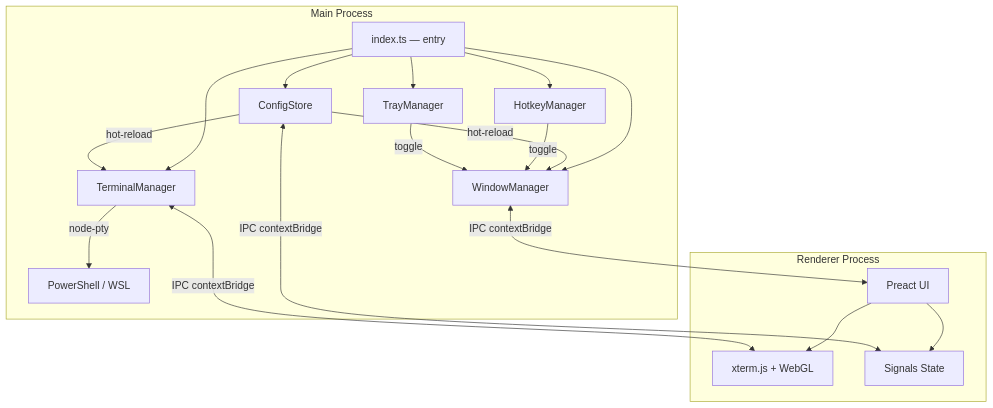
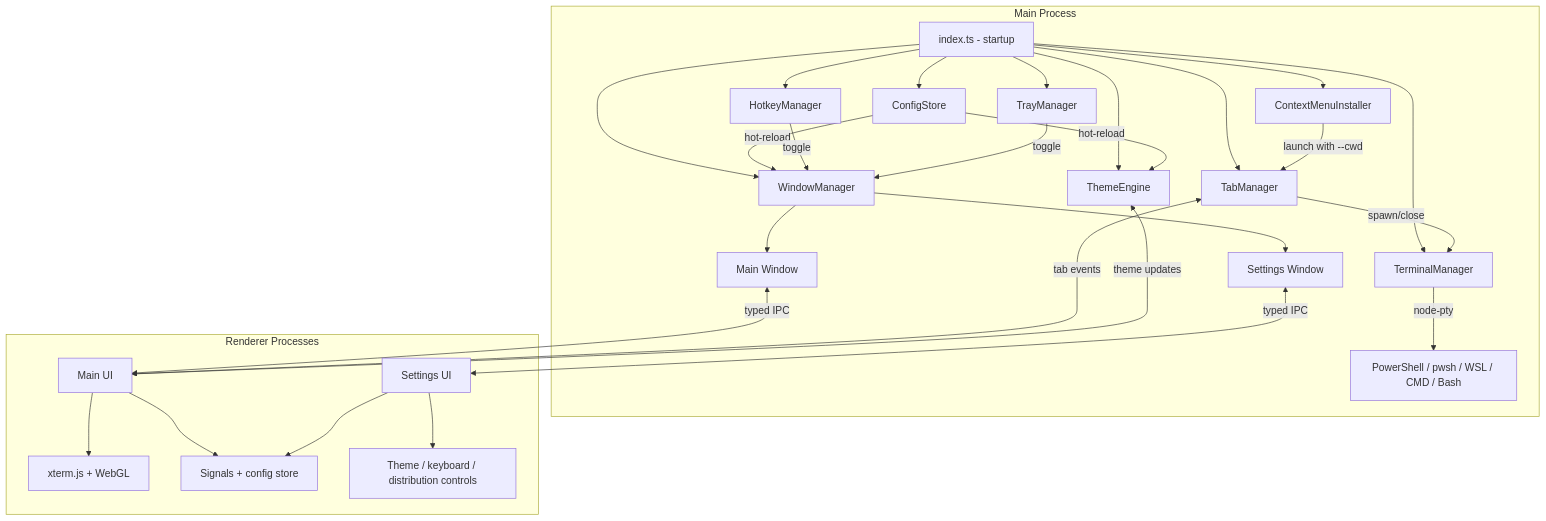
The diagram in README.md (jatson/QuakeShell), drawn with Mermaid before and after one commit. The commit also changed other lines of this file and 3 other files, not shown here.

````diff
--- a/README.md
+++ b/README.md
@@ -100,24 +145,34 @@
 ```mermaid
 graph TB
     subgraph Main Process
-        IX[index.ts — entry] --> WM[WindowManager]
+        IX[index.ts - startup] --> CS[ConfigStore]
+        IX --> WM[WindowManager]
+        IX --> TAB[TabManager]
         IX --> TM[TerminalManager]
-        IX --> CS[ConfigStore]
+        IX --> TH[ThemeEngine]
         IX --> HK[HotkeyManager]
         IX --> TR[TrayManager]
+        IX --> CTX[ContextMenuInstaller]
+        WM --> MW[Main Window]
+        WM --> SW[Settings Window]
         CS -->|hot-reload| WM
-        CS -->|hot-reload| TM
+        CS -->|hot-reload| TH
+        TAB -->|spawn/close| TM
         HK -->|toggle| WM
         TR -->|toggle| WM
-        TM -->|node-pty| PTY[PowerShell / WSL]
+        CTX -->|launch with --cwd| TAB
+        TM -->|node-pty| PTY[PowerShell / pwsh / WSL / CMD / Bash]
     end
 
-    subgraph Renderer Process
-        UI[Preact UI] --> XT[xterm.js + WebGL]
-        UI --> SIG[Signals State]
+    subgraph Renderer Processes
+        APP[Main UI] --> XT[xterm.js + WebGL]
+        APP --> SIG[Signals + config store]
+        SETUI[Settings UI] --> SIG
+        SETUI --> CFG[Theme / keyboard / distribution controls]
     end
 
-    WM <-->|IPC contextBridge| UI
-    TM <-->|IPC contextBridge| XT
-    CS <-->|IPC contextBridge| SIG
+    MW <-->|typed IPC| APP
+    SW <-->|typed IPC| SETUI
+    TAB <-->|tab events| APP
+    TH <-->|theme updates| APP
 ```
````
